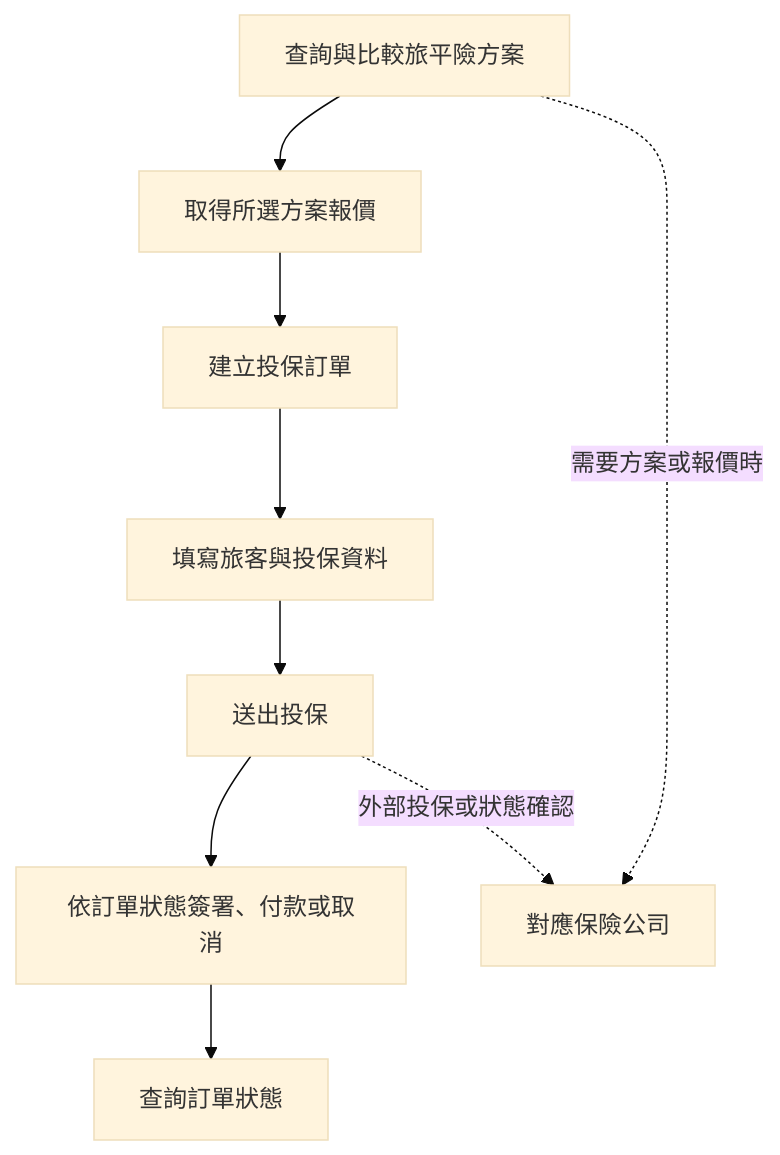
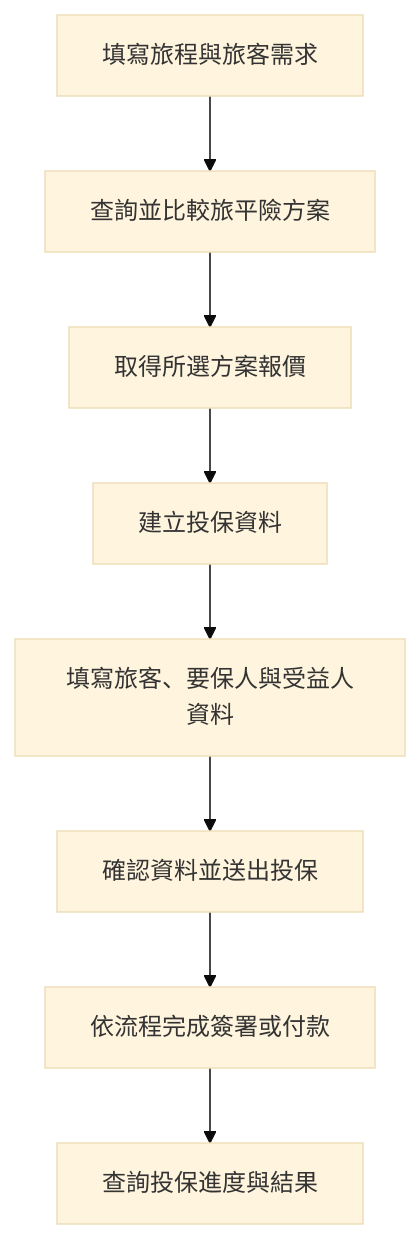
One commit to highhao/insurance-saas-platform changed the second of 2 diagrams in README.md. Above: the diagram before and after it, drawn with Mermaid (base theme). The commit also changed other lines of this file, not shown here.

````diff
--- a/README.md
+++ b/README.md
@@ -50,11 +24,10 @@
 ```mermaid
 flowchart TB
-    A[查詢與比較旅平險方案] --> B[取得所選方案報價]
-    B --> C[建立投保訂單]
-    C --> D[填寫旅客與投保資料]
-    D --> E[送出投保]
-    E --> F[依訂單狀態簽署、付款或取消]
-    F --> G[查詢訂單狀態]
-    A -. 需要方案或報價時 .-> X[對應保險公司]
-    E -. 外部投保或狀態確認 .-> X
+    A[填寫旅程與旅客需求] --> B[查詢並比較旅平險方案]
+    B --> C[取得所選方案報價]
+    C --> D[建立投保資料]
+    D --> E[填寫旅客、要保人與受益人資料]
+    E --> F[確認資料並送出投保]
+    F --> G[依流程完成簽署或付款]
+    G --> H[查詢投保進度與結果]
 ```
````
